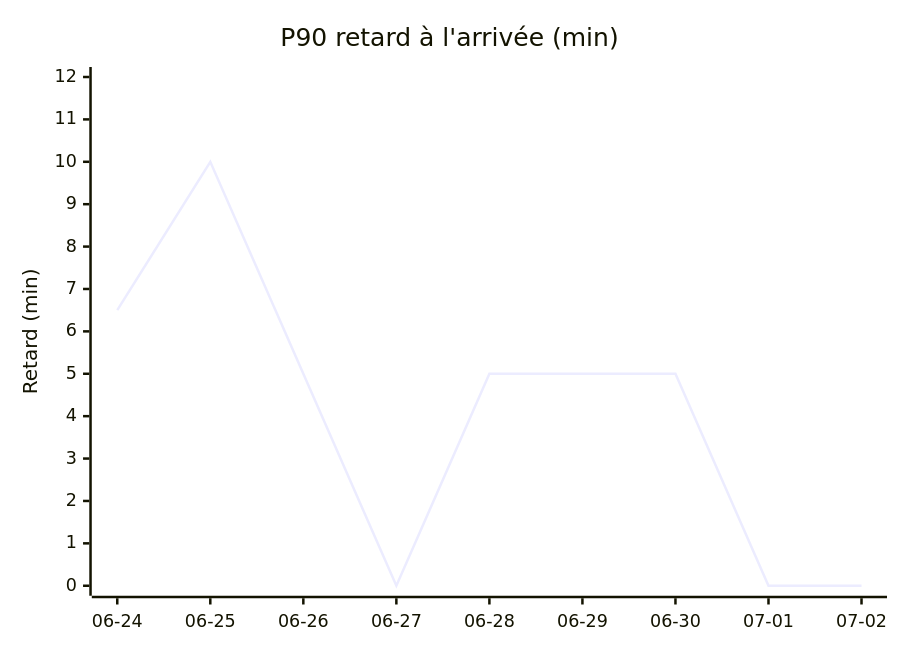
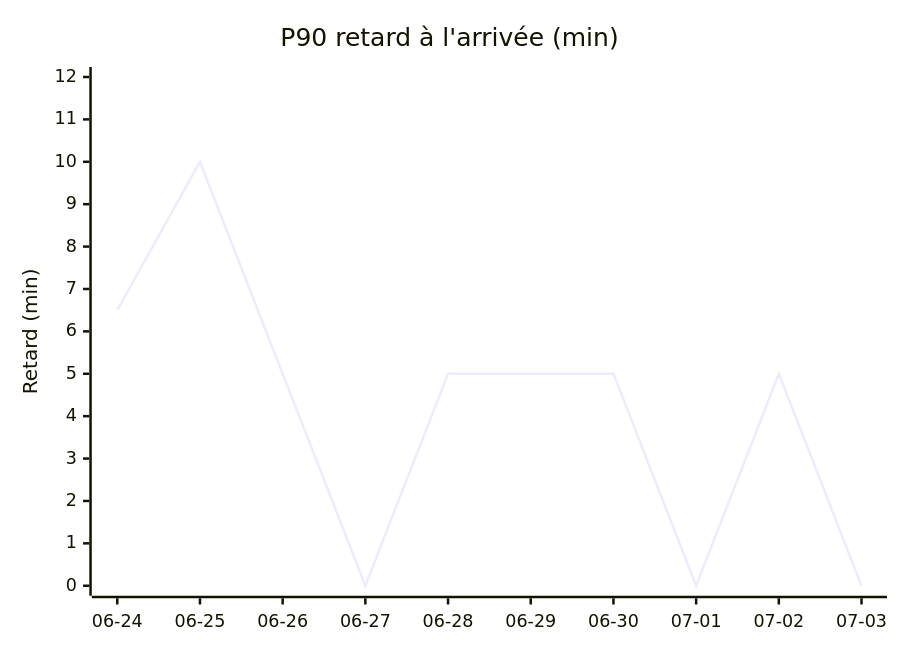
One commit to antoinerep/horaire-ter changed the first of 4 diagrams in STATS.md. Above: the diagram before and after it, drawn with Mermaid. The commit also changed other lines of this file and 1 other file, not shown here.

````diff
--- a/STATS.md
+++ b/STATS.md
@@ -29,7 +29,7 @@
 ```mermaid
 xychart-beta
     title "P90 retard à l'arrivée (min)"
-    x-axis ["06-24", "06-25", "06-26", "06-27", "06-28", "06-29", "06-30", "07-01", "07-02"]
+    x-axis ["06-24", "06-25", "06-26", "06-27", "06-28", "06-29", "06-30", "07-01", "07-02", "07-03"]
     y-axis "Retard (min)" 0 --> 12
-    line [6.5, 10.0, 5.0, 0.0, 5.0, 5.0, 5.0, 0.0, 0.0]
+    line [6.5, 10.0, 5.0, 0.0, 5.0, 5.0, 5.0, 0.0, 5.0, 0.0]
 ```
````
